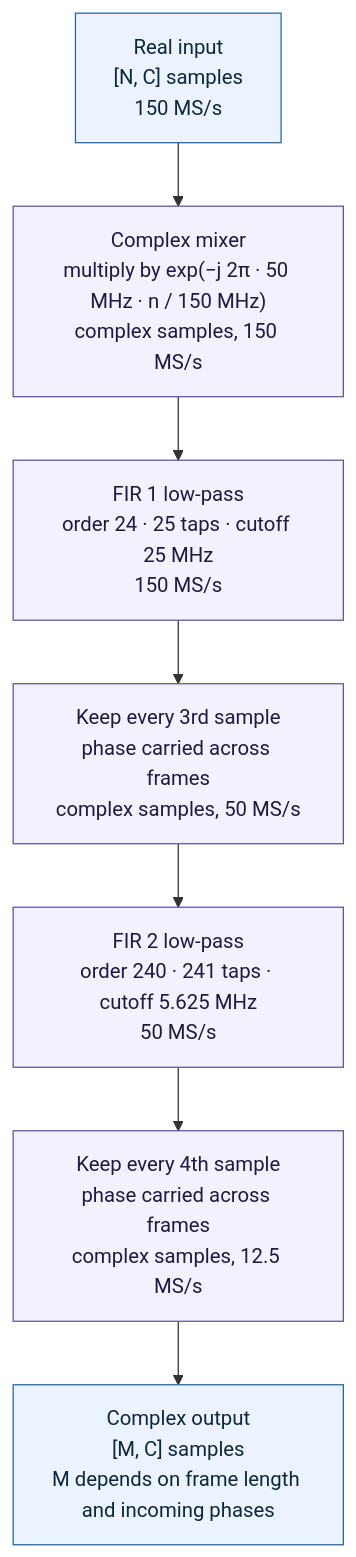
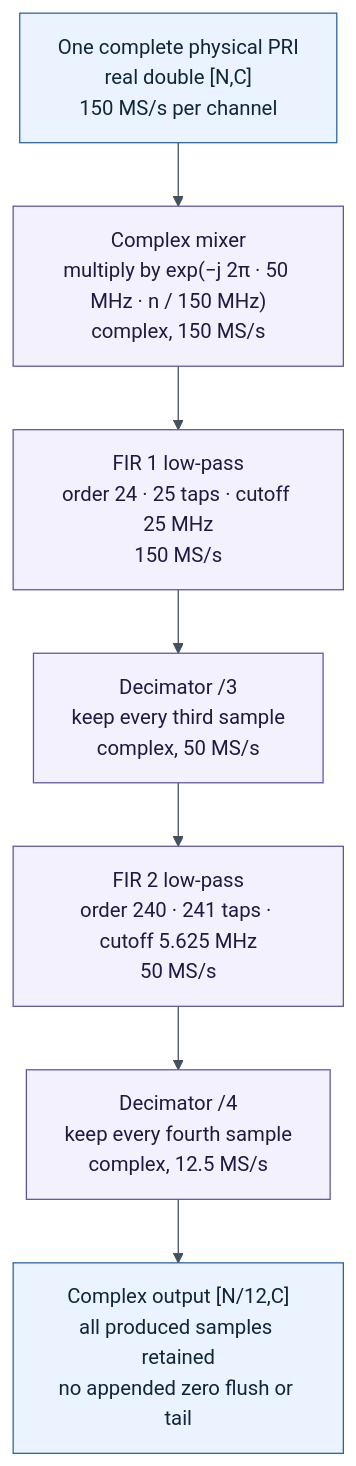
Before and after one commit to JulioLeonPhd/ai-mbd-pilot-project: the diagram in docs/examples/assets/ddc-algorithm.mmd, drawn with Mermaid. The commit also changed 36 other files, not shown here.

First line of the commit message:
Changed: implement independent per-PRI DDC processing

```diff
--- a/docs/examples/assets/ddc-algorithm.mmd
+++ b/docs/examples/assets/ddc-algorithm.mmd
@@ -1,15 +1,16 @@
 flowchart TB
-    input["Real input<br/>[N, C] samples<br/>150 MS/s"]
-    mix["Complex mixer<br/>multiply by exp(−j 2π · 50 MHz · n / 150 MHz)<br/>complex samples, 150 MS/s"]
+    input["One complete physical PRI<br/>real double [N,C]<br/>150 MS/s per channel"]
+    mix["Complex mixer<br/>multiply by exp(−j 2π · 50 MHz · n / 150 MHz)<br/>complex, 150 MS/s"]
     fir1["FIR 1 low-pass<br/>order 24 · 25 taps · cutoff 25 MHz<br/>150 MS/s"]
-    dec3["Keep every 3rd sample<br/>phase carried across frames<br/>complex samples, 50 MS/s"]
+    dec3["Decimator /3<br/>keep every third sample<br/>complex, 50 MS/s"]
     fir2["FIR 2 low-pass<br/>order 240 · 241 taps · cutoff 5.625 MHz<br/>50 MS/s"]
-    dec4["Keep every 4th sample<br/>phase carried across frames<br/>complex samples, 12.5 MS/s"]
-    output["Complex output<br/>[M, C] samples<br/>M depends on frame length and incoming phases"]
+    dec4["Decimator /4<br/>keep every fourth sample<br/>complex, 12.5 MS/s"]
+    output["Complex output [N/12,C]<br/>all produced samples retained<br/>no appended zero flush or tail"]
 
     input --> mix --> fir1 --> dec3 --> fir2 --> dec4 --> output
 
     classDef signal fill:#eaf3ff,stroke:#2864a0,color:#10263b
     classDef operation fill:#f4f1ff,stroke:#6352a3,color:#201943
     class input,output signal
     class mix,fir1,dec3,fir2,dec4 operation
+    linkStyle default stroke:#43515e,color:#10263b
```
